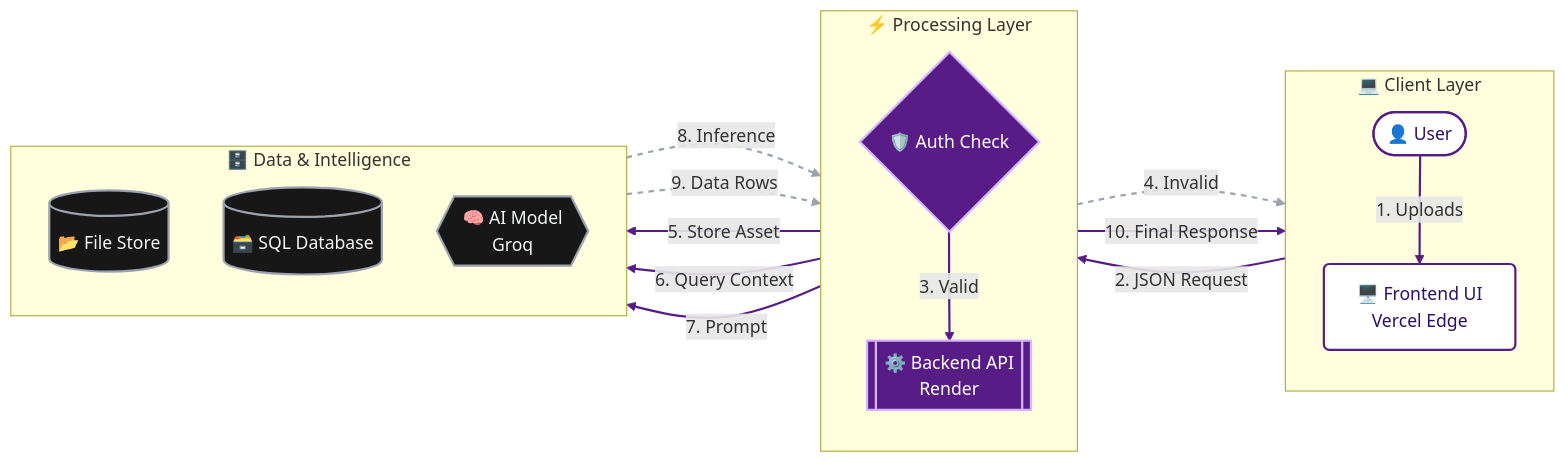
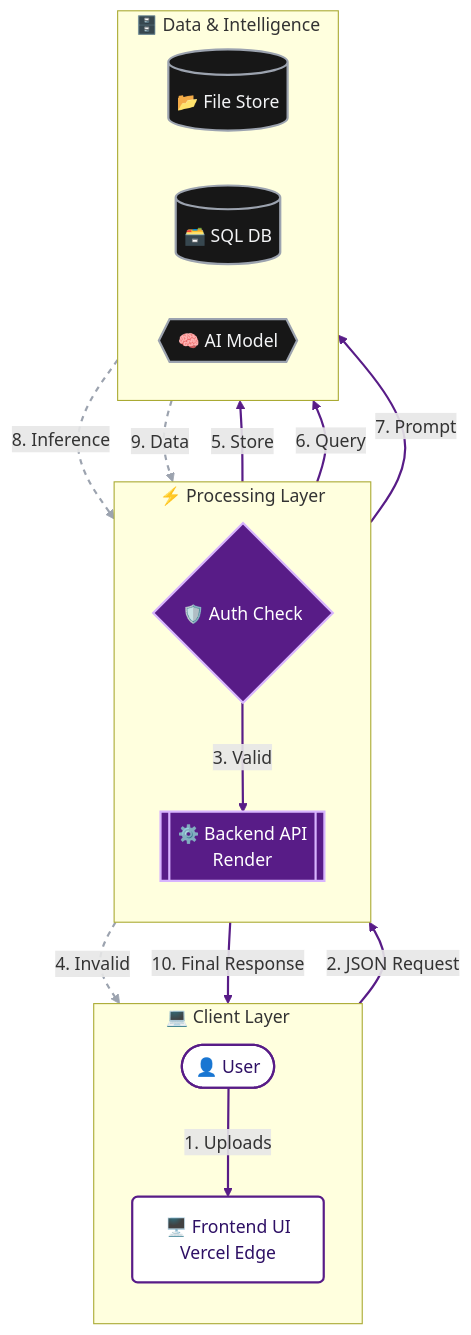
One commit to SujalAgrawal08/DocBrief changed the first of 2 diagrams in README.md. Above: the diagram before and after it, drawn with Mermaid.

````diff
--- a/README.md
+++ b/README.md
@@ -38,58 +38,57 @@
 ```mermaid
-graph LR
+graph TB
     %% --- THEME DEFINITIONS ---
-    %% PURPLE: Logic/Compute (Deep Purple Fill + Light Lavender Stroke)
     classDef purple fill:#581c87,stroke:#d8b4fe,stroke-width:2px,color:#ffffff,rx:5,ry:5;
-    
-    %% WHITE: Client/Entry (White Fill + Deep Purple Stroke)
     classDef white fill:#ffffff,stroke:#581c87,stroke-width:2px,color:#2e1065,rx:5,ry:5;
-    
-    %% BLACK: Data/AI (Matte Black Fill + Gray Stroke)
     classDef black fill:#171717,stroke:#9ca3af,stroke-width:2px,color:#f3f4f6,rx:0,ry:0;
 
     %% --- NODES & SUBGRAPHS ---
+    
     subgraph Client ["💻 Client Layer"]
         direction TB
         User([👤 User])
         UI[🖥️ Frontend UI<br/>Vercel Edge]
     end
 
     subgraph Server ["⚡ Processing Layer"]
         direction TB
         Auth{🛡️ Auth Check}
         API[[⚙️ Backend API<br/>Render]]
     end
 
+    %% Key Change: Infra flows Left-to-Right to save vertical space
     subgraph Infra ["🗄️ Data & Intelligence"]
-        direction TB
+        direction LR
         Bucket[(📂 File Store)]
-        DB[(🗃️ SQL Database)]
-        AI{{🧠 AI Model<br/>Groq}}
+        DB[(🗃️ SQL DB)]
+        AI{{🧠 AI Model}}
     end
 
     %% --- CONNECTIONS ---
-    %% To prevent errors, I have grouped these in exact order 0-9
     
     User ==>|1. Uploads| UI
     UI ==>|2. JSON Request| Auth
     Auth -->|3. Valid| API
     Auth -.->|4. Invalid| UI
-    API -->|5. Store Asset| Bucket
-    API -->|6. Query Context| DB
+    
+    %% Connections to Infra
+    API -->|5. Store| Bucket
+    API -->|6. Query| DB
     API -->|7. Prompt| AI
+    
+    %% Returns
     AI -.->|8. Inference| API
-    DB -.->|9. Data Rows| API
+    DB -.->|9. Data| API
     API ==>|10. Final Response| UI
 
-    %% --- APPLYING STYLES ---
+    %% --- STYLING APPLICATION ---
     class User,UI white;
     class API,Auth purple;
     class DB,AI,Bucket black;
     
-    %% --- LINK STYLING ---
-    %% Solid Purple Lines (Flow) - Indices 0,1,2,4,5,6,9
+    %% --- LINK STYLES ---
+    %% Solid Purple (Main Flow)
     linkStyle 0,1,2,4,5,6,9 stroke:#581c87,stroke-width:2px,fill:none;
-    
-    %% Dotted/Return Lines (Subtle Gray) - Indices 3,7,8
+    %% Dotted Gray (Returns/Errors)
     linkStyle 3,7,8 stroke:#9ca3af,stroke-width:2px,stroke-dasharray: 5 5;
 ```
````
